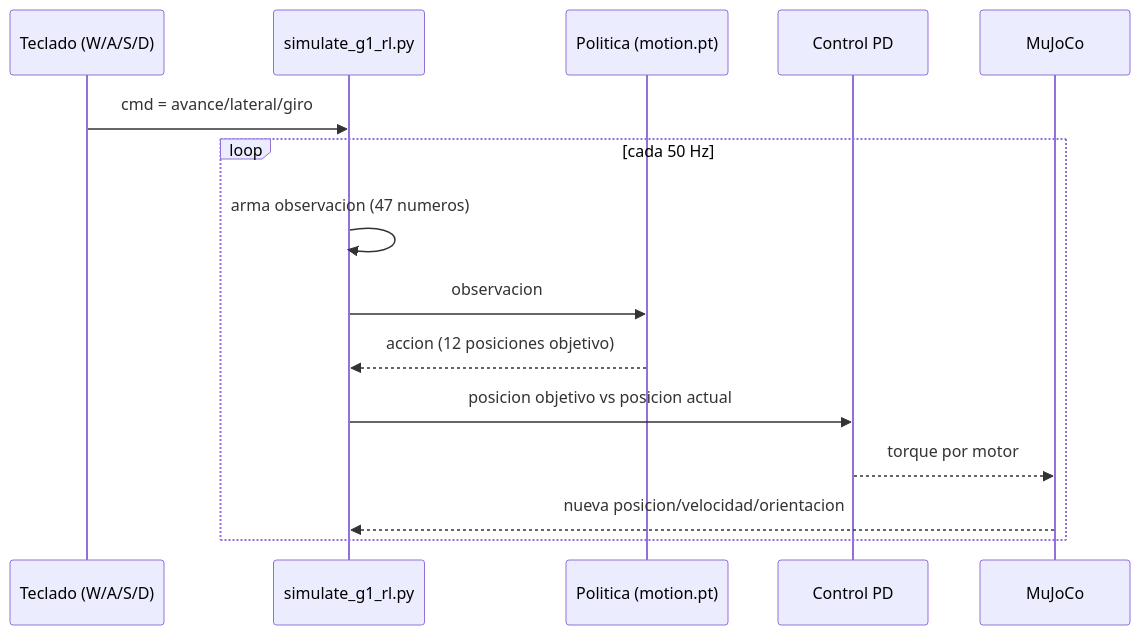
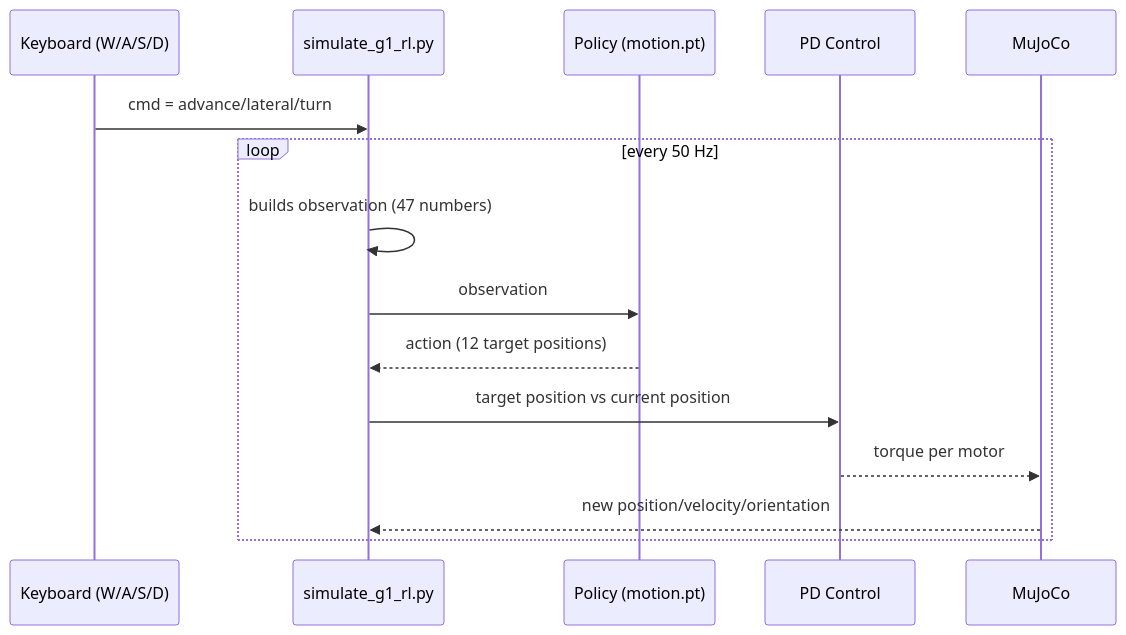
Before and after one commit to gabgiani/DAFO-ROBOT-Research: the second of 2 diagrams in REINFORCEMENT_LEARNING.md, drawn with Mermaid. The commit also changed other lines of this file and 17 other files, not shown here.

````diff
--- a/REINFORCEMENT_LEARNING.md
+++ b/REINFORCEMENT_LEARNING.md
@@ -86,18 +90,18 @@
 ```mermaid
 sequenceDiagram
-    participant Teclado as Teclado (W/A/S/D)
+    participant Keyboard as Keyboard (W/A/S/D)
     participant Script as simulate_g1_rl.py
-    participant Red as Politica (motion.pt)
-    participant PD as Control PD
-    participant Fisica as MuJoCo
+    participant Net as Policy (motion.pt)
+    participant PD as PD Control
+    participant Physics as MuJoCo
 
-    Teclado->>Script: cmd = avance/lateral/giro
-    loop cada 50 Hz
-        Script->>Script: arma observacion (47 numeros)
-        Script->>Red: observacion
-        Red-->>Script: accion (12 posiciones objetivo)
-        Script->>PD: posicion objetivo vs posicion actual
-        PD-->>Fisica: torque por motor
-        Fisica-->>Script: nueva posicion/velocidad/orientacion
+    Keyboard->>Script: cmd = advance/lateral/turn
+    loop every 50 Hz
+        Script->>Script: builds observation (47 numbers)
+        Script->>Net: observation
+        Net-->>Script: action (12 target positions)
+        Script->>PD: target position vs current position
+        PD-->>Physics: torque per motor
+        Physics-->>Script: new position/velocity/orientation
     end
 ```
````
